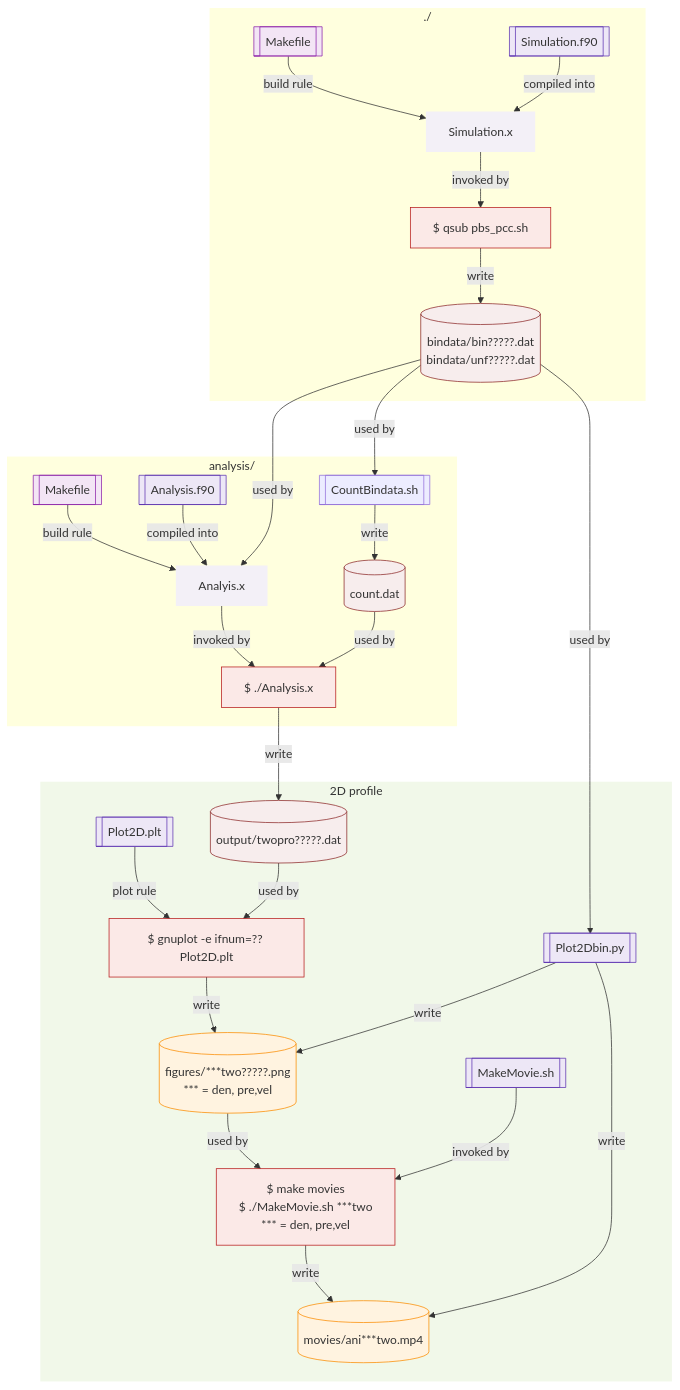
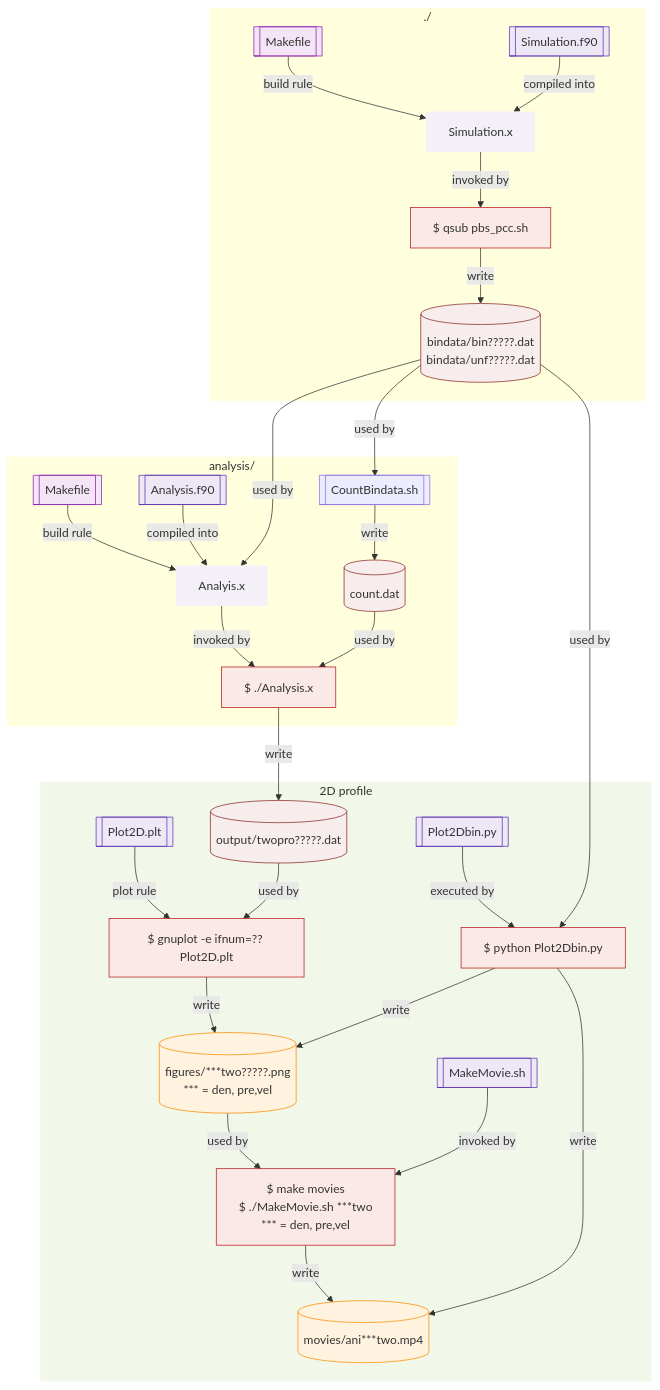
The diagram in HYD2D/README.md (takiwaki/Blastwave), drawn with Mermaid before and after one commit.

````diff
--- a/HYD2D/README.md
+++ b/HYD2D/README.md
@@ -121,68 +121,70 @@
 ```mermaid
 flowchart TD
 　classDef data fill:#f7eded,stroke:#8e2a2a, stroke-width:1px
   classDef code fill:#ede7f6,stroke:#5e35b1
   classDef bin fill:#f3f0f7,stroke:#7e57c2, stroke:none
   classDef build fill:#f3e5f5,stroke:#8e24aa
   classDef cmd fill:#fbe9e7,stroke:#b71c1c
   classDef result fill:#fff3e0,stroke:#fb8c00
   classDef note fill:#fff,stroke:#9e9e9e,stroke-dasharray: 5 5,color:#616161
 
   subgraph A["./"]
     A0[[Makefile]]:::build
     A1[[Simulation.f90]]:::code
     A0 -- build rule --> A2
     A1 -- compiled into --> A2
     A2[Simulation.x]:::bin
     A3["$ qsub pbs_pcc.sh"]:::cmd
     A2 -- invoked by --> A3
     A4[(bindata/bin?????.dat <br> bindata/unf?????.dat )]:::data
     A3 -- write --> A4
   end
     style A stroke:none
   subgraph B["analysis/"]
     B0[[Makefile]]:::build
     B1[[Analysis.f90]]:::code
     B0 -- build rule --> B2
     B1 -- compiled into --> B2
     B2[Analyis.x]:::bin
     B1-1[[CountBindata.sh]]
     A4 -- used by --> B1-1
     B1-1 -- write --> B1-2
     B1-2[(count.dat)]:::data
     A4 -- used by --> B2
     B3["$ ./Analysis.x"]:::cmd
     B2 -- invoked by --> B3
     B1-2 -- used by --> B3
   end
     style B stroke:none
 
   subgraph 2D["2D profile"]
     B4[(output/twopro?????.dat)]:::data
     B3 -- write --> B4
     B6[[Plot2D.plt]]:::code
     B6 -- plot rule --> B7
     B7["$ gnuplot -e ifnum=?? Plot2D.plt"]:::cmd
     B4 -- used by --> B7
     B8[(figures/***two?????.png <br> *** = den, pre,vel)]:::result
     B7 -- write --> B8
 
     B18[[MakeMovie.sh]]:::code
     B19["$ make movies <br>$ ./MakeMovie.sh ***two <br> *** = den, pre,vel"]:::cmd
     B8 -- used by --> B19
     B18 -- invoked by --> B19
     B19 -- write --> B20
     B20[(movies/ani***two.mp4)]:::result
 
-    B21[[Plot2Dbin.py]]:::code
+    B22[[Plot2Dbin.py]]:::code
+    B22 -- executed by --> B21
+    B21["$ python Plot2Dbin.py"]:::cmd
     A4 -- used by --> B21
     B21 -- write --> B8
     B21 -- write --> B20
 
    end
     style 2D fill:#f1f8e9,stroke:#558b2f, stroke:none
 
 
 
 
 ```
````
